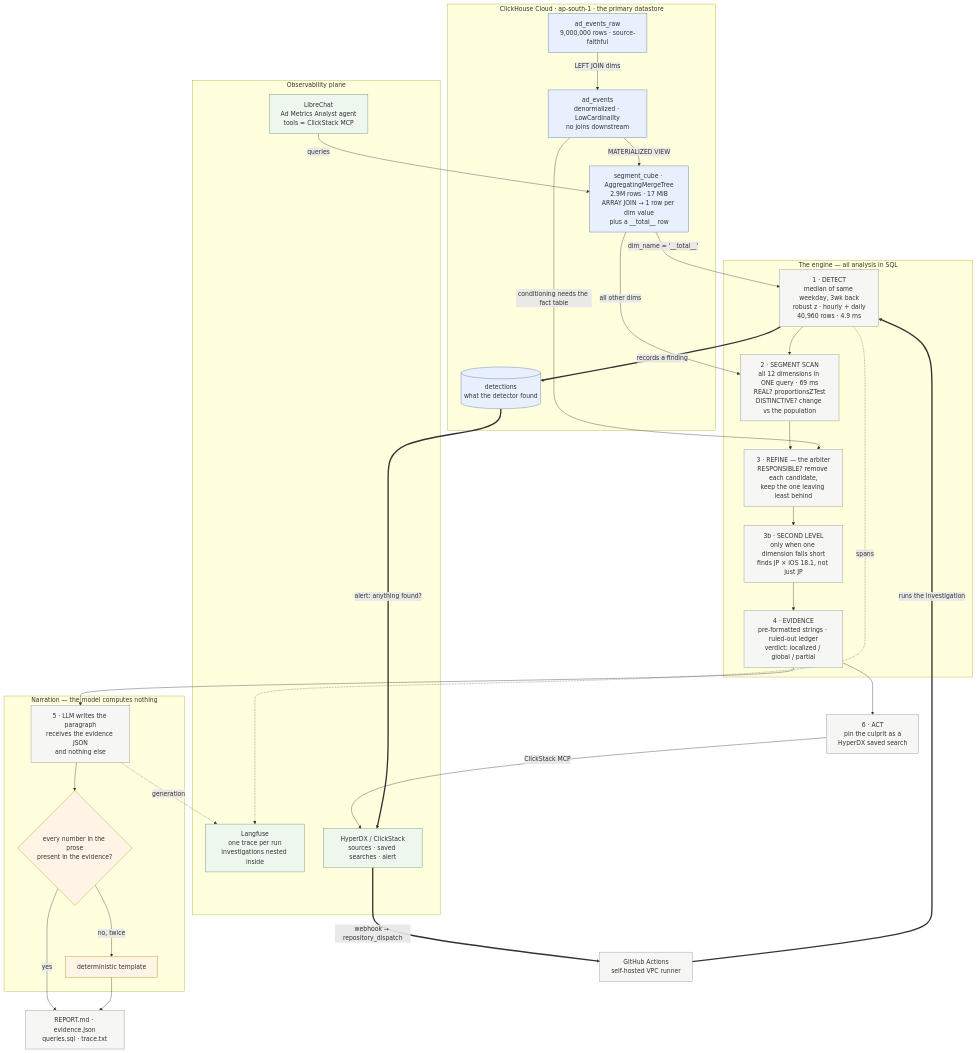
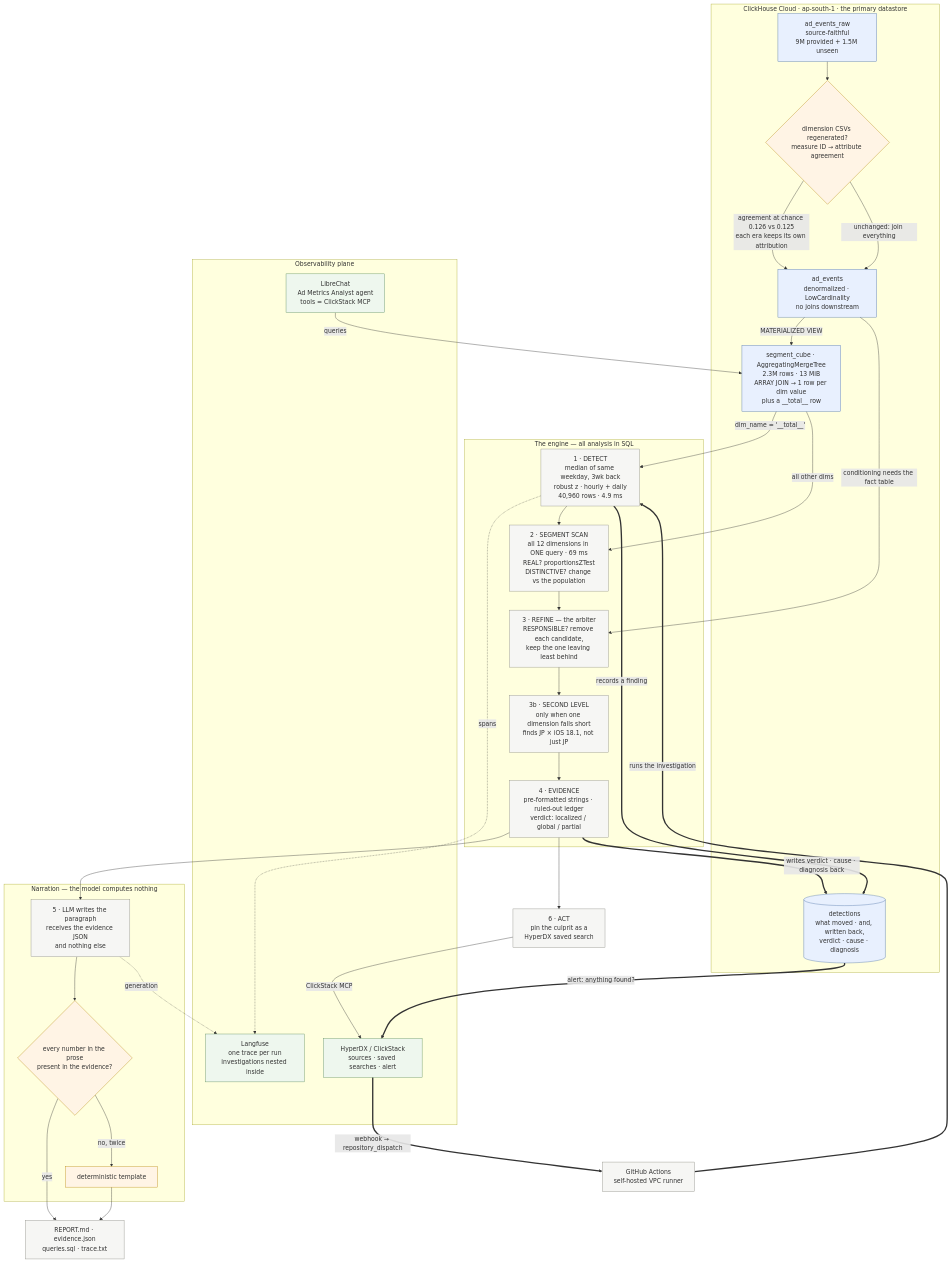
Before and after one commit to ss-loves-AC/parts-watcher-2: the diagram in docs/architecture.mmd, drawn with Mermaid. The commit also changed 4 other files, not shown here.

```diff
--- a/docs/architecture.mmd
+++ b/docs/architecture.mmd
@@ -1,61 +1,65 @@
 flowchart TB
   subgraph CLOUD["ClickHouse Cloud · ap-south-1 · the primary datastore"]
-    RAW["ad_events_raw<br/>9,000,000 rows · source-faithful"]
+    RAW["ad_events_raw<br/>source-faithful<br/>9M provided + 1.5M unseen"]
+    SEAM{"dimension CSVs regenerated?<br/>measure ID → attribute agreement"}
     FACT["ad_events<br/>denormalized · LowCardinality<br/>no joins downstream"]
-    CUBE["segment_cube · AggregatingMergeTree<br/>2.9M rows · 17 MiB<br/>ARRAY JOIN → 1 row per dim value<br/>plus a __total__ row"]
-    DET[("detections<br/>what the detector found")]
-    RAW -->|"LEFT JOIN dims"| FACT
+    CUBE["segment_cube · AggregatingMergeTree<br/>2.3M rows · 13 MiB<br/>ARRAY JOIN → 1 row per dim value<br/>plus a __total__ row"]
+    DET[("detections<br/>what moved · and, written back,<br/>verdict · cause · diagnosis")]
+    RAW --> SEAM
+    SEAM -->|"agreement at chance 0.126 vs 0.125<br/>each era keeps its own attribution"| FACT
+    SEAM -->|"unchanged: join everything"| FACT
     FACT -->|"MATERIALIZED VIEW"| CUBE
   end
 
   subgraph ENGINE["The engine — all analysis in SQL"]
     D1["1 · DETECT<br/>median of same weekday, 3wk back<br/>robust z · hourly + daily<br/>40,960 rows · 4.9 ms"]
     D2["2 · SEGMENT SCAN<br/>all 12 dimensions in ONE query · 69 ms<br/>REAL? proportionsZTest<br/>DISTINCTIVE? change vs the population"]
     D3["3 · REFINE — the arbiter<br/>RESPONSIBLE? remove each candidate,<br/>keep the one leaving least behind"]
     D3B["3b · SECOND LEVEL<br/>only when one dimension falls short<br/>finds JP × iOS 18.1, not just JP"]
     D4["4 · EVIDENCE<br/>pre-formatted strings · ruled-out ledger<br/>verdict: localized / global / partial"]
     D1 --> D2 --> D3 --> D3B --> D4
   end
 
   subgraph NARR["Narration — the model computes nothing"]
     LLM["5 · LLM writes the paragraph<br/>receives the evidence JSON<br/>and nothing else"]
     GUARD{"every number in the prose<br/>present in the evidence?"}
     TMPL["deterministic template"]
     LLM --> GUARD
     GUARD -->|"no, twice"| TMPL
   end
 
   ACT["6 · ACT<br/>pin the culprit as a<br/>HyperDX saved search"]
   OUT["REPORT.md · evidence.json<br/>queries.sql · trace.txt"]
 
   CUBE -->|"dim_name = '__total__'"| D1
   CUBE -->|"all other dims"| D2
   FACT -->|"conditioning needs the fact table"| D3
   D4 --> LLM
   GUARD -->|"yes"| OUT
   TMPL --> OUT
   D4 --> ACT
+  D4 ==>|"writes verdict · cause · diagnosis back"| DET
 
   subgraph OBS["Observability plane"]
     LF["Langfuse<br/>one trace per run<br/>investigations nested inside"]
     HDX["HyperDX / ClickStack<br/>sources · saved searches · alert"]
     LC["LibreChat<br/>Ad Metrics Analyst agent<br/>tools = ClickStack MCP"]
   end
 
   D1 -.->|"spans"| LF
   LLM -.->|"generation"| LF
   ACT -->|"ClickStack MCP"| HDX
   D1 ==>|"records a finding"| DET
   DET ==>|"alert: anything found?"| HDX
   HDX ==>|"webhook → repository_dispatch"| RUNNER["GitHub Actions<br/>self-hosted VPC runner"]
   RUNNER ==>|"runs the investigation"| D1
   LC -->|"queries"| CUBE
 
   classDef store fill:#e8f0fe,stroke:#4a6fa5,stroke-width:1px
   classDef stage fill:#f6f6f4,stroke:#8a8a80,stroke-width:1px
   classDef guard fill:#fff4e5,stroke:#b8860b,stroke-width:1px
   classDef obs fill:#eef7ee,stroke:#5a8a5a,stroke-width:1px
   class RAW,FACT,CUBE,DET store
   class D1,D2,D3,D3B,D4,LLM,ACT,OUT,RUNNER stage
-  class GUARD,TMPL guard
+  class GUARD,TMPL,SEAM guard
   class LF,HDX,LC obs
```
